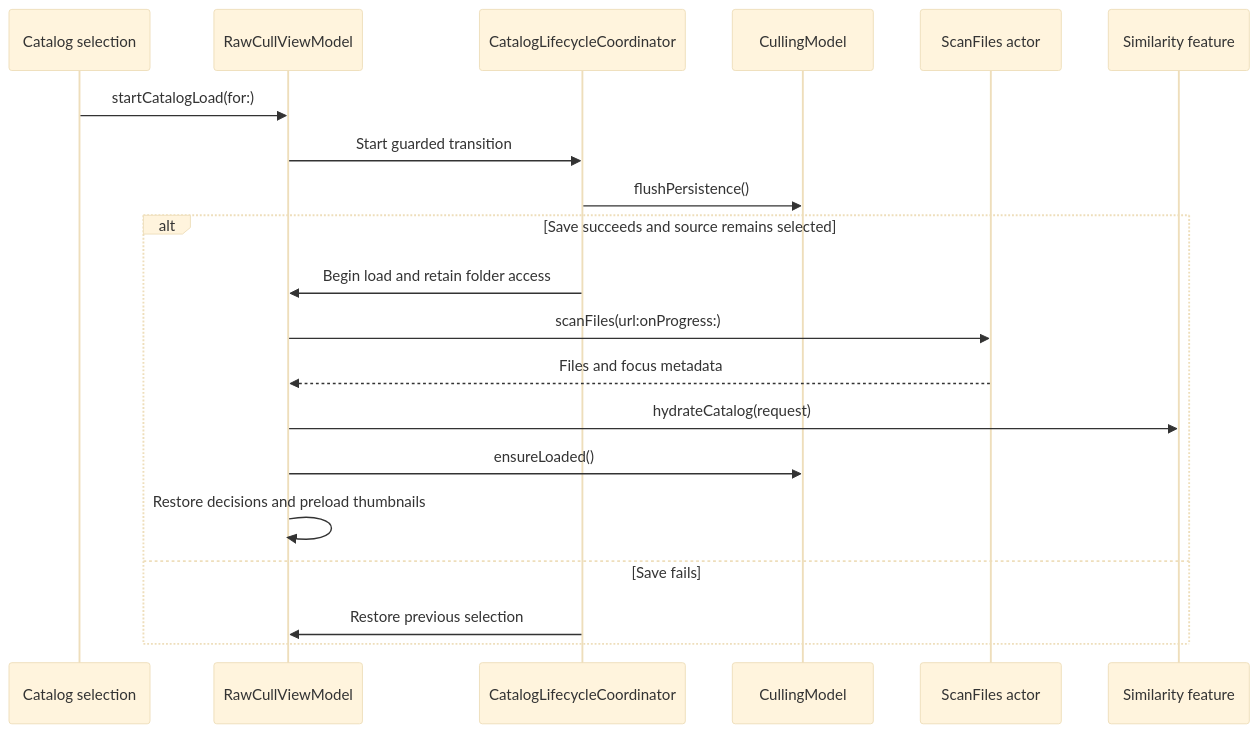
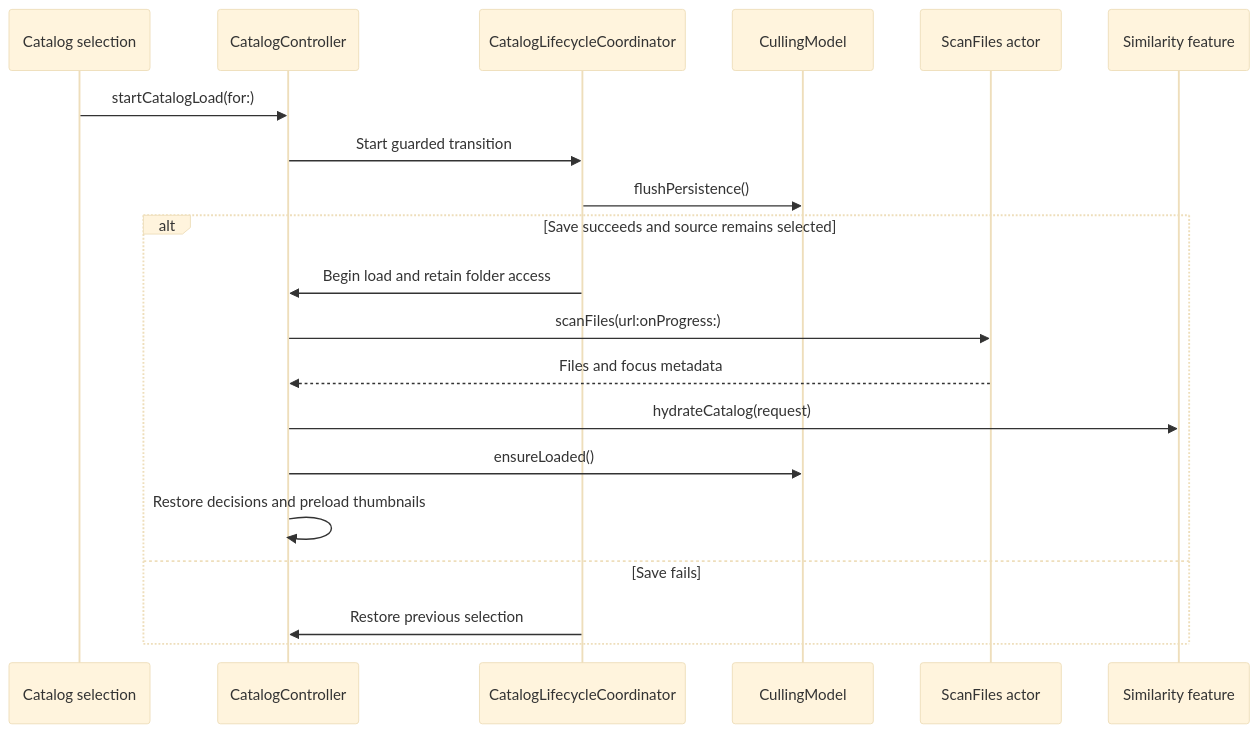
Before and after one commit to rsyncOSX/TechDocRawcull: the third of 3 diagrams in content/en/docs/apidocs/rawcullapidoc.md, drawn with Mermaid (base theme). The commit also changed other lines of this file and 41 other files, not shown here.

````diff
--- a/content/en/docs/apidocs/rawcullapidoc.md
+++ b/content/en/docs/apidocs/rawcullapidoc.md
@@ -326,22 +326,22 @@
 ```mermaid
 sequenceDiagram
     participant UI as Catalog selection
-    participant VM as RawCullViewModel
+    participant VM as CatalogController
     participant LC as CatalogLifecycleCoordinator
     participant Store as CullingModel
     participant Scan as ScanFiles actor
     participant AI as Similarity feature
     UI->>VM: startCatalogLoad(for:)
     VM->>LC: Start guarded transition
     LC->>Store: flushPersistence()
     alt Save succeeds and source remains selected
         LC->>VM: Begin load and retain folder access
         VM->>Scan: scanFiles(url:onProgress:)
         Scan-->>VM: Files and focus metadata
         VM->>AI: hydrateCatalog(request)
         VM->>Store: ensureLoaded()
         VM->>VM: Restore decisions and preload thumbnails
     else Save fails
         LC->>VM: Restore previous selection
     end
 ```
````
